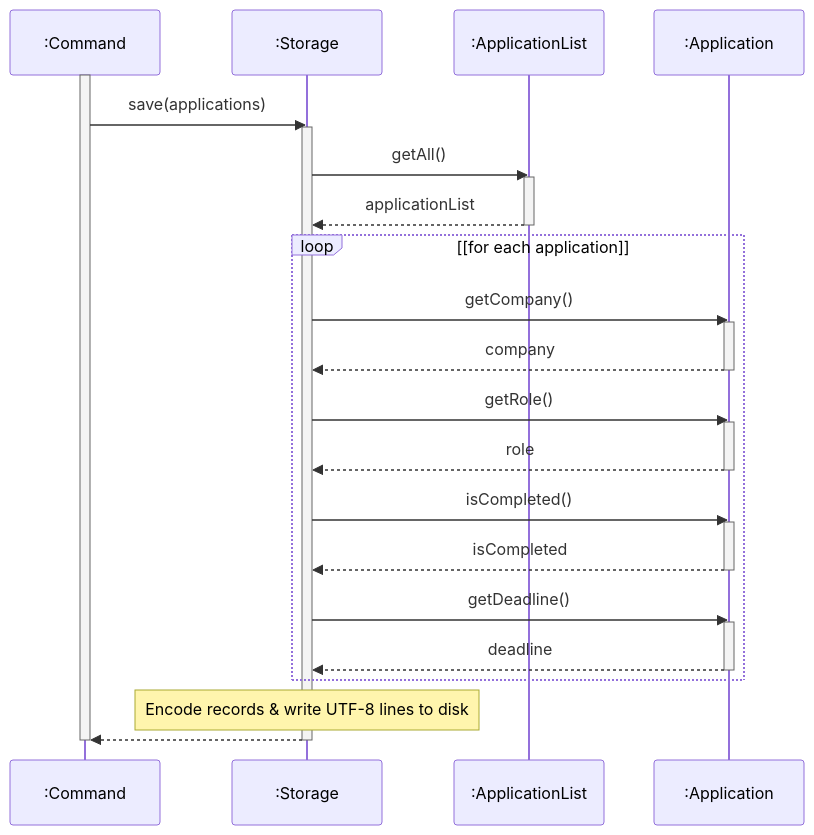
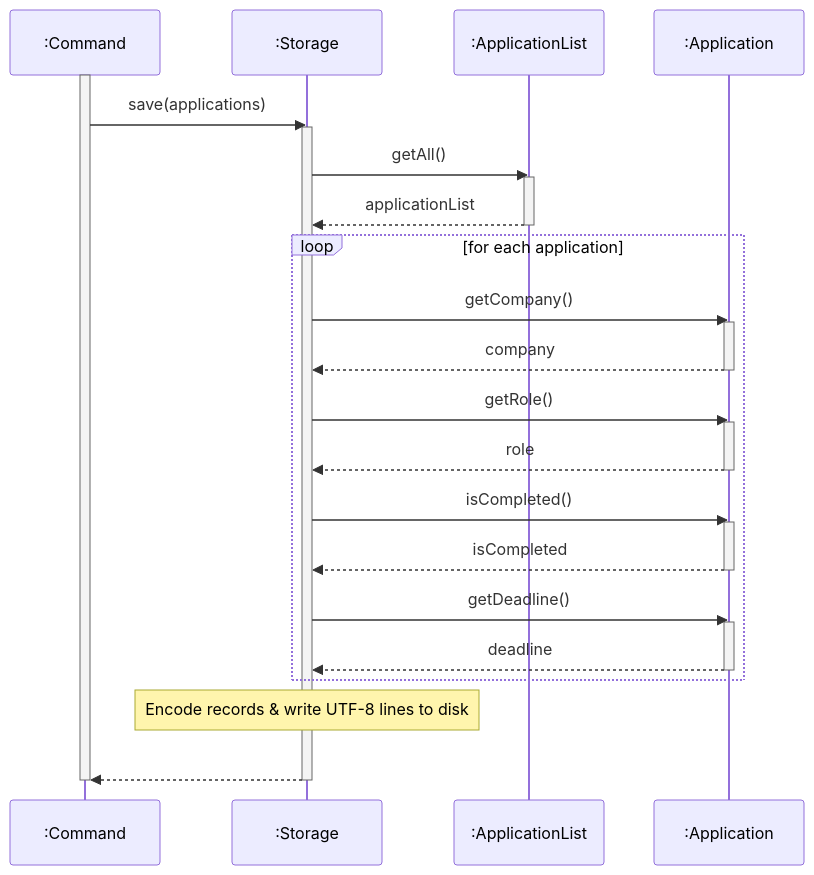
One commit to AY2627S1-CS2113-T10-2/tp changed diagram 21 of 22 in docs/DeveloperGuide.md. Above: the diagram before and after it, drawn with Mermaid. The commit also changed other lines of this file, not shown here.

First line of the commit message:
docs: align sequence return arrows and enhance class diagram resolution

````diff
--- a/docs/DeveloperGuide.md
+++ b/docs/DeveloperGuide.md
@@ -1185,39 +1263,43 @@
 ```mermaid
+---
+config:
+  themeCSS: ".actor-line { stroke-dasharray: 4, 4 !important; } line.loopLine:not([style*='stroke-dasharray']) { stroke-dasharray: none !important; }"
+---
 sequenceDiagram
     participant cmd as :Command
     participant storage as :Storage
     participant list as :ApplicationList
     participant app as :Application
 
     activate cmd
     cmd->>storage: save(applications)
     activate storage
     storage->>list: getAll()
     activate list
     list-->>storage: applicationList
     deactivate list
 
-    loop [for each application]
+    loop for each application
         storage->>app: getCompany()
         activate app
         app-->>storage: company
         deactivate app
         storage->>app: getRole()
         activate app
         app-->>storage: role
         deactivate app
         storage->>app: isCompleted()
         activate app
         app-->>storage: isCompleted
         deactivate app
         storage->>app: getDeadline()
         activate app
         app-->>storage: deadline
         deactivate app
     end
 
     Note over storage: Encode records & write UTF-8 lines to disk
-    storage-->>cmd: 
+    storage-->>cmd: ​
     deactivate storage
     deactivate cmd
 ```
````
